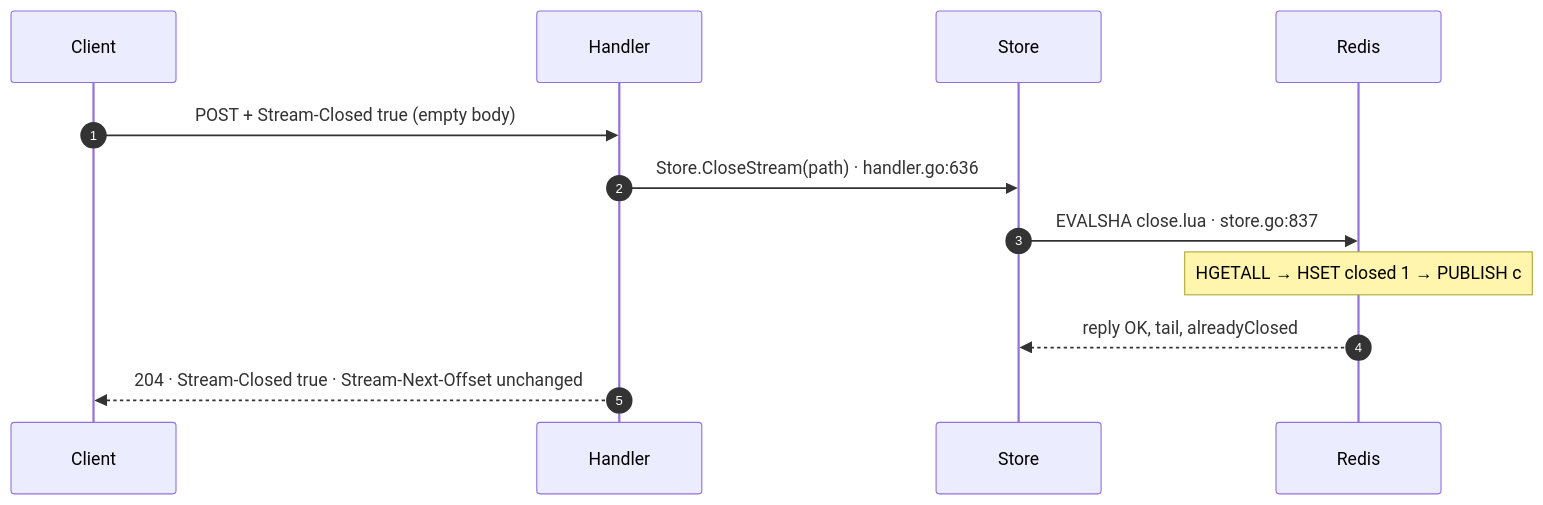
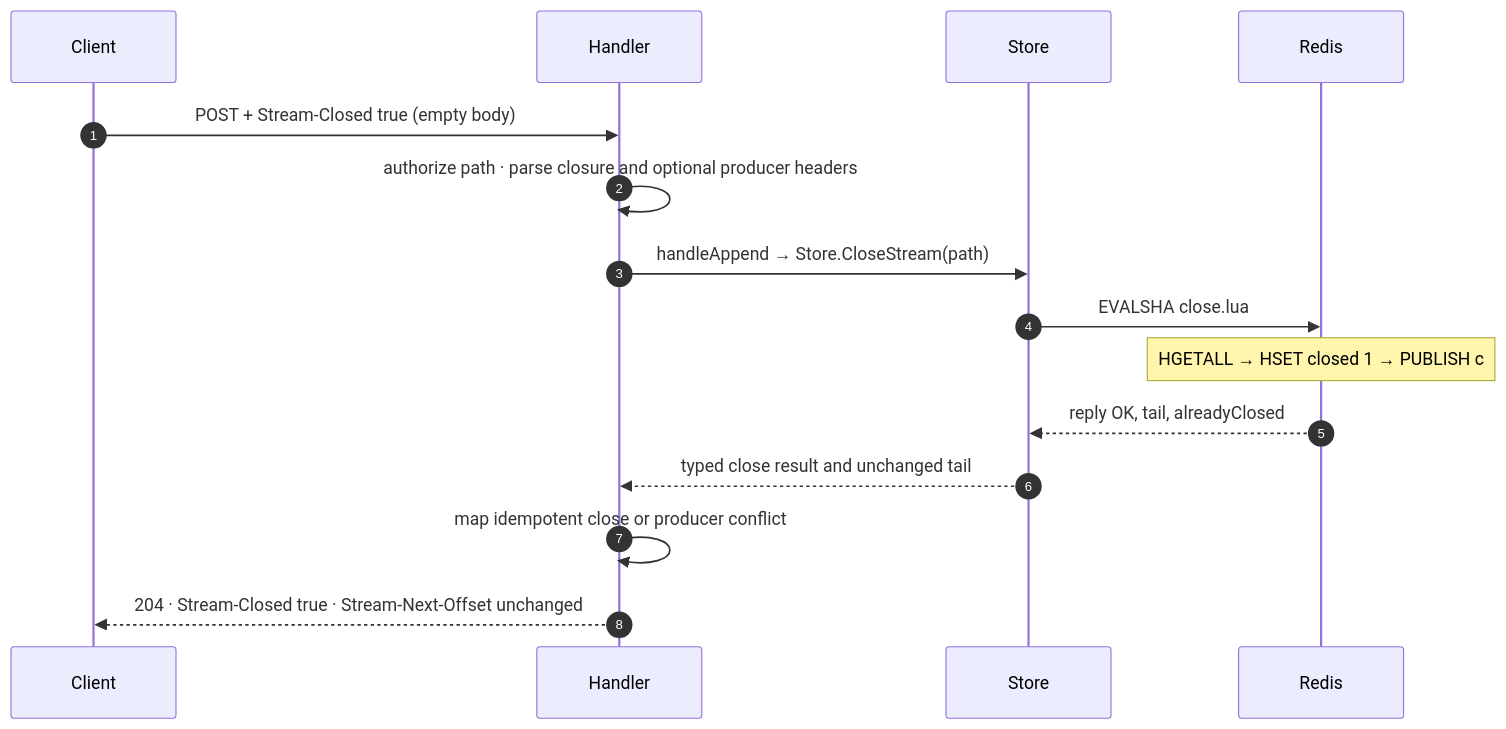
One commit to adityavkk/chronicle changed the diagram in docs-site/diagrams/seq-close.mmd. Above: the diagram before and after it, drawn with Mermaid. The commit also changed 35 other files, not shown here.

```diff
--- a/docs-site/diagrams/seq-close.mmd
+++ b/docs-site/diagrams/seq-close.mmd
@@ -1,12 +1,15 @@
 sequenceDiagram
     autonumber
     participant C as Client
     participant H as Handler
     participant S as Store
     participant R as Redis
     C->>H: POST + Stream-Closed true (empty body)
-    H->>S: Store.CloseStream(path) · handler.go:636
-    S->>R: EVALSHA close.lua · store.go:837
+    H->>H: authorize path · parse closure and optional producer headers
+    H->>S: handleAppend → Store.CloseStream(path)
+    S->>R: EVALSHA close.lua
     Note over R: HGETALL → HSET closed 1 → PUBLISH c
     R-->>S: reply OK, tail, alreadyClosed
+    S-->>H: typed close result and unchanged tail
+    H->>H: map idempotent close or producer conflict
     H-->>C: 204 · Stream-Closed true · Stream-Next-Offset unchanged
```
